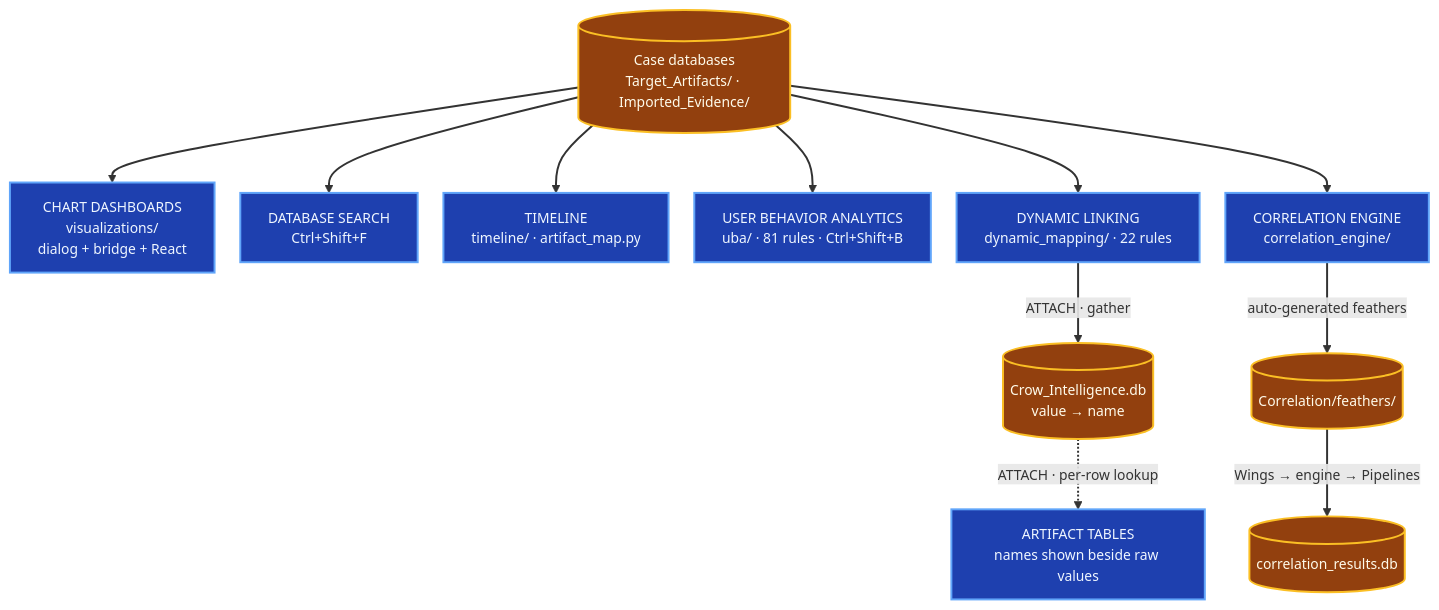
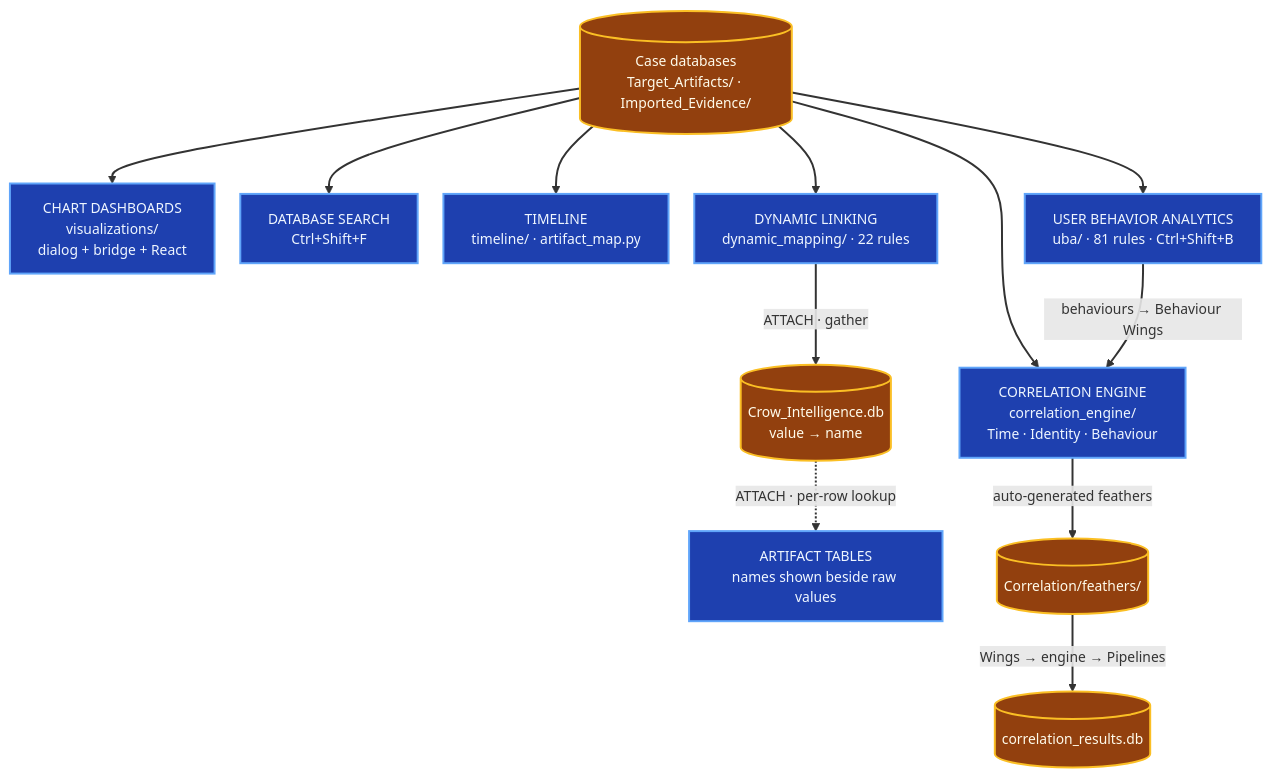
The third of 5 diagrams in README.md (Ghassan-elsman/Crow-Eye), drawn with Mermaid before and after one commit. The commit also changed other lines of this file, not shown here.

Commit message:
Architecture: six ingest doors, recovery tools, NTFS integrity and custody in the Ingest chart; claim check, result compaction and Codex in the Eye layer; state/ and recovery folders in the case

````diff
--- a/README.md
+++ b/README.md
@@ -339,29 +358,30 @@
 ```mermaid
 %%{init: {"flowchart": {"nodeSpacing": 26, "rankSpacing": 50, "curve": "basis", "padding": 14}, "themeVariables": {"fontSize": "14px"}} }%%
 flowchart TB
     CASE[("Case databases<br/>Target_Artifacts/ · Imported_Evidence/")]
 
     VIZ["CHART DASHBOARDS<br/>visualizations/<br/>dialog + bridge + React"]
     SRCH["DATABASE SEARCH<br/>Ctrl+Shift+F"]
     TL["TIMELINE<br/>timeline/ · artifact_map.py"]
     UBA["USER BEHAVIOR ANALYTICS<br/>uba/ · 81 rules · Ctrl+Shift+B"]
     DL["DYNAMIC LINKING<br/>dynamic_mapping/ · 22 rules"]
-    CE["CORRELATION ENGINE<br/>correlation_engine/"]
+    CE["CORRELATION ENGINE<br/>correlation_engine/<br/>Time · Identity · Behaviour"]
 
     INTEL[("Crow_Intelligence.db<br/>value → name")]
     TAB["ARTIFACT TABLES<br/>names shown beside raw values"]
     F[("Correlation/feathers/")]
     RES[("correlation_results.db")]
 
     CASE ==> VIZ & SRCH & TL & UBA & DL & CE
+    UBA -- "behaviours → Behaviour Wings" --> CE
     DL -- "ATTACH · gather" --> INTEL
     INTEL -. "ATTACH · per-row lookup" .-> TAB
     CE -- "auto-generated feathers" --> F
     F -- "Wings → engine → Pipelines" --> RES
 
     classDef store fill:#92400e,stroke:#fbbf24,stroke-width:2px,color:#fffbeb
     classDef ana   fill:#1e40af,stroke:#60a5fa,stroke-width:2px,color:#eff6ff
     class CASE,INTEL,F,RES store
     class VIZ,SRCH,TL,UBA,DL,CE,TAB ana
     linkStyle default stroke-width:2px
 ```
````
